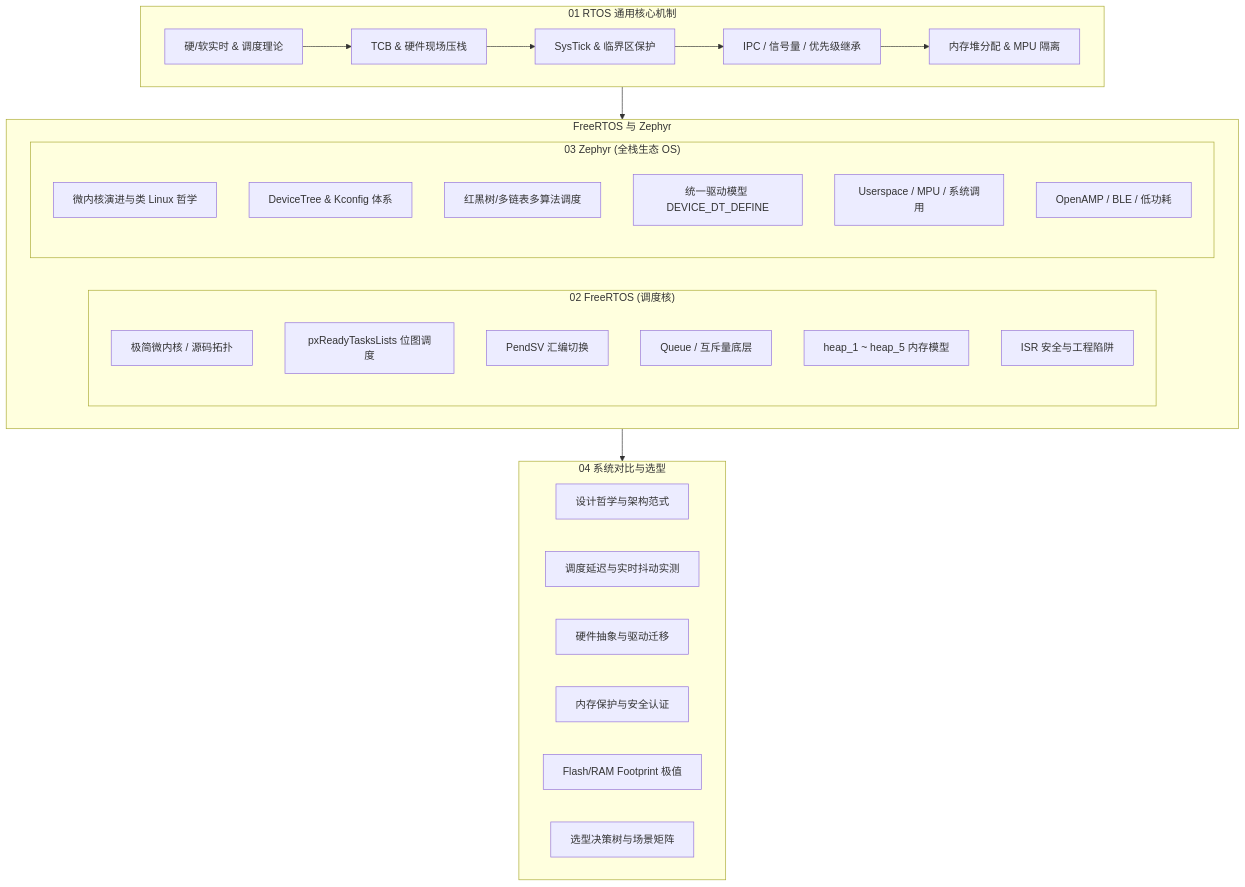
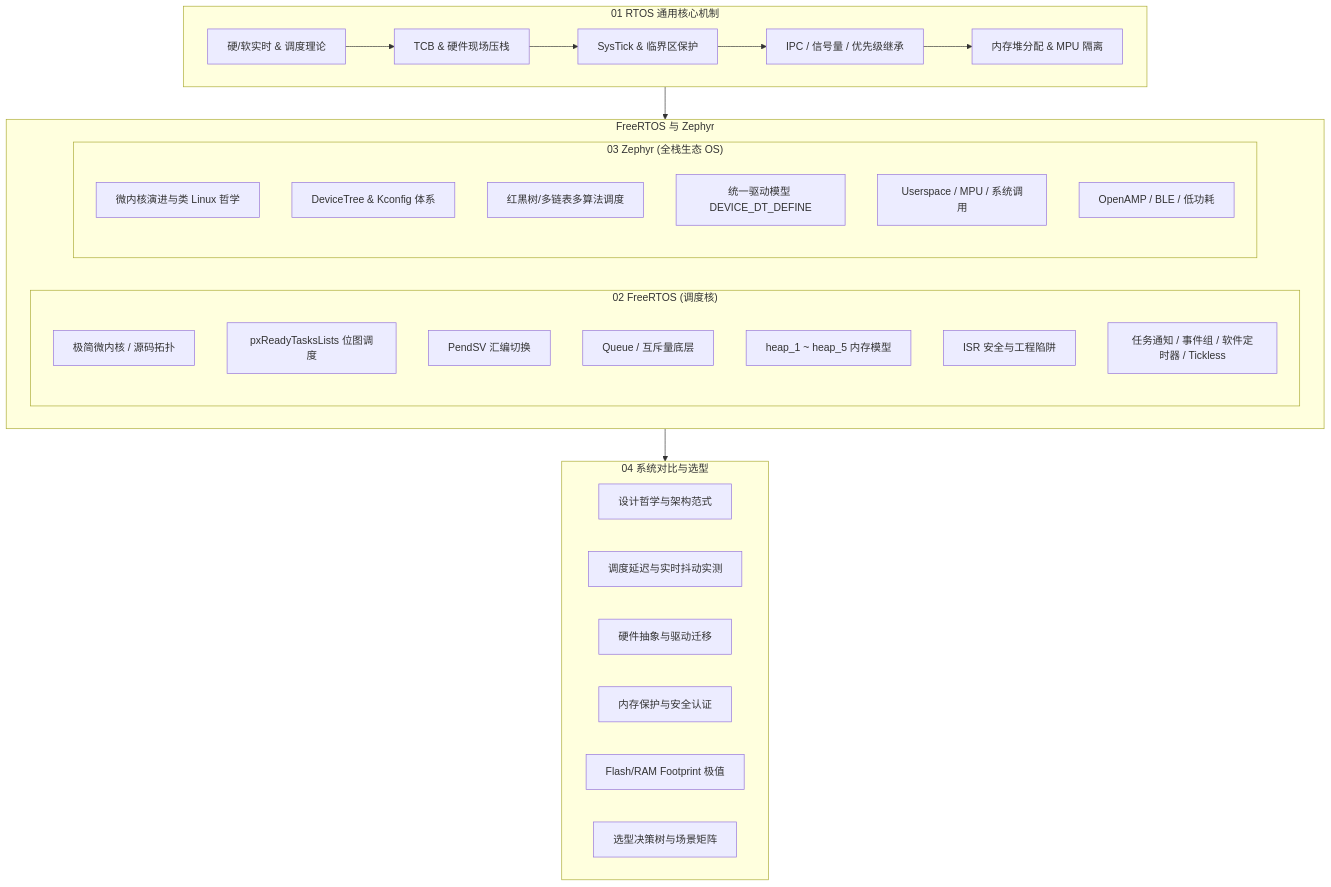
The diagram in RTOS/00-Overview/README.md (YvainZhang/YvainZhang.github.io), drawn with Mermaid before and after one commit. The commit also changed other lines of this file and 44 other files, not shown here.

````diff
--- a/RTOS/00-Overview/README.md
+++ b/RTOS/00-Overview/README.md
@@ -5,41 +5,42 @@
 ```mermaid
 graph TD
     subgraph Fundamentals["01 RTOS 通用核心机制"]
         F1["硬/软实时 & 调度理论"] --> F2["TCB & 硬件现场压栈"]
         F2 --> F3["SysTick & 临界区保护"]
         F3 --> F4["IPC / 信号量 / 优先级继承"]
         F4 --> F5["内存堆分配 & MPU 隔离"]
     end
 
     subgraph DeepDive["FreeRTOS 与 Zephyr"]
         direction LR
         subgraph FreeRTOS["02 FreeRTOS (调度核)"]
             FR1["极简微内核 / 源码拓扑"]
             FR2["pxReadyTasksLists 位图调度"]
             FR3["PendSV 汇编切换"]
             FR4["Queue / 互斥量底层"]
             FR5["heap_1 ~ heap_5 内存模型"]
             FR6["ISR 安全与工程陷阱"]
+            FR7["任务通知 / 事件组 / 软件定时器 / Tickless"]
         end
         subgraph Zephyr["03 Zephyr (全栈生态 OS)"]
             Z1["微内核演进与类 Linux 哲学"]
             Z2["DeviceTree & Kconfig 体系"]
             Z3["红黑树/多链表多算法调度"]
             Z4["统一驱动模型 DEVICE_DT_DEFINE"]
             Z5["Userspace / MPU / 系统调用"]
             Z6["OpenAMP / BLE / 低功耗"]
         end
     end
 
     subgraph Decision["04 系统对比与选型"]
         C1["设计哲学与架构范式"]
         C2["调度延迟与实时抖动实测"]
         C3["硬件抽象与驱动迁移"]
         C4["内存保护与安全认证"]
         C5["Flash/RAM Footprint 极值"]
         C6["选型决策树与场景矩阵"]
     end
 
     Fundamentals --> DeepDive
     DeepDive --> Decision
 ```
````
